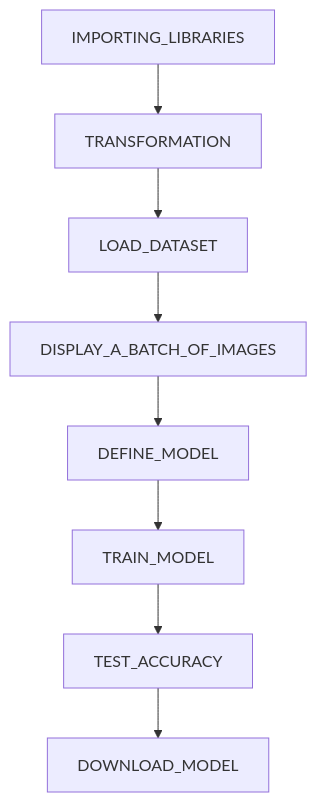
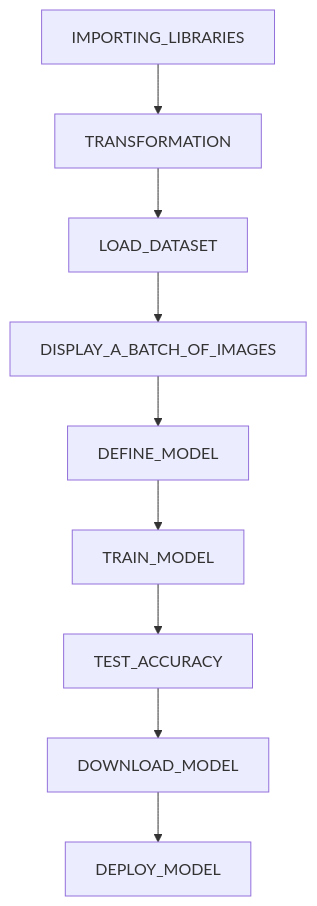
One commit to gatisonani/FaceMasKDetection changed the diagram in README.md. Above: the diagram before and after it, drawn with Mermaid. The commit also changed other lines of this file, not shown here.

````diff
--- a/README.md
+++ b/README.md
@@ -75,10 +77,11 @@
 ```mermaid
 flowchart TD
     A[IMPORTING_LIBRARIES]-->B[TRANSFORMATION];
     B[TRANSFORMATION]-->C[LOAD DATASET];
     C[LOAD_DATASET]-->D[DISPLAY_A_BATCH_OF_IMAGES];
     D[DISPLAY_A_BATCH_OF_IMAGES]-->E[DEFINE_MODEL];
     E[DEFINE_MODEL]-->F[TRAIN_MODEL];
     F[TRAIN_MODEL]-->G[TEST_ACCURACY];
     G[TEST_ACCURACY]-->H[DOWNLOAD_MODEL];
+    H[DOWNLOAD_MODEL]-->I[DEPLOY_MODEL];
 ```
````
